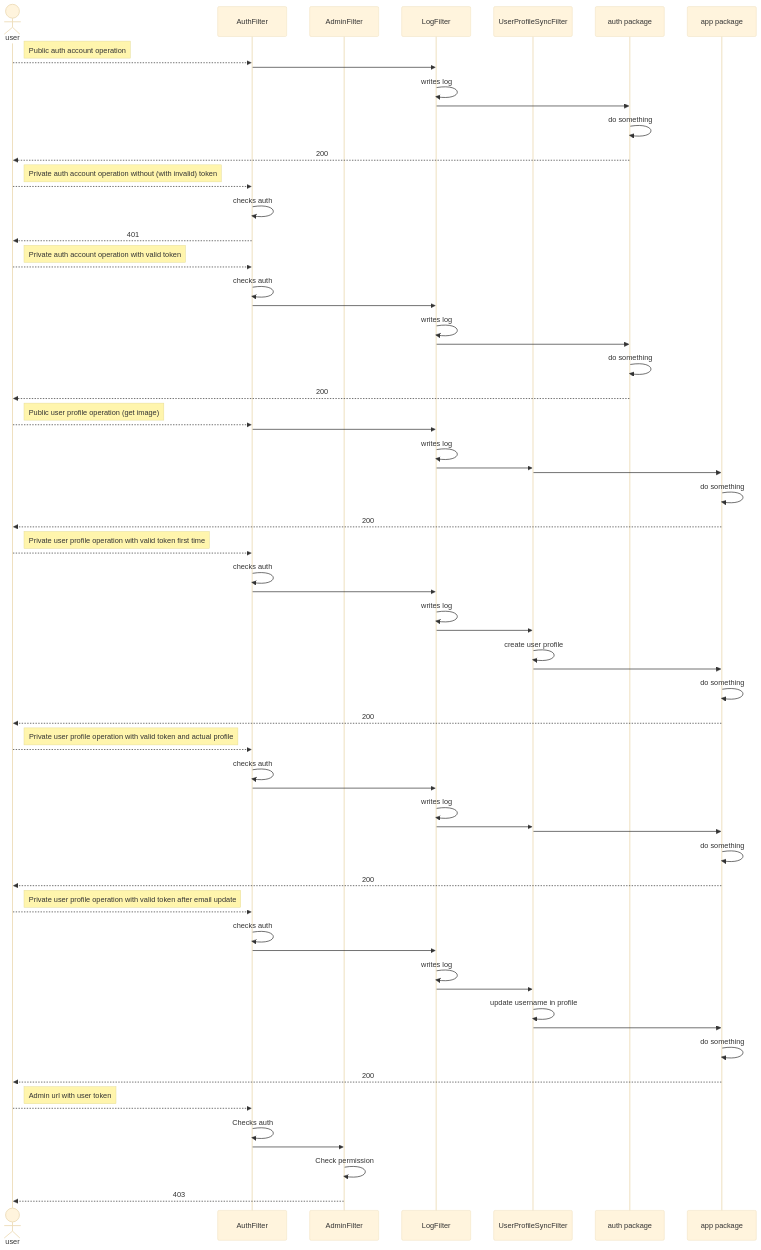
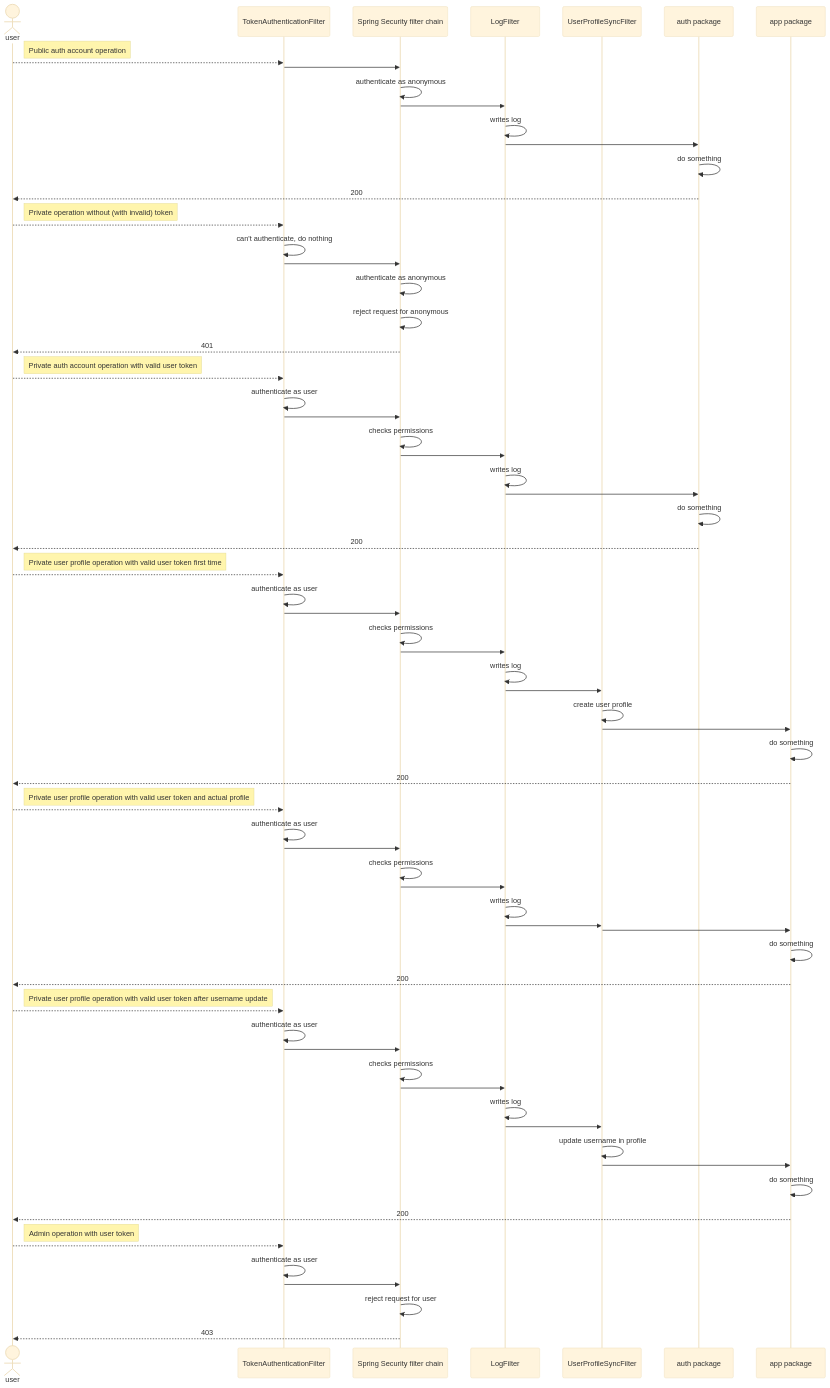
The fourth of 7 diagrams in readme.md (drsanches/photobooth), drawn with Mermaid (base theme) before and after one commit. The commit also changed other lines of this file and 8 other files, not shown here.

Commit message:
Using spring security authentication mechanism

````diff
--- a/readme.md
+++ b/readme.md
@@ -138,48 +138,48 @@
 ```mermaid
 sequenceDiagram
     actor user
-    participant AuthFilter
-    participant AdminFilter
+    participant TokenAuthenticationFilter
+    participant spring as Spring Security filter chain 
     participant LogFilter
     participant UserProfileSyncFilter
     participant auth as auth package
     participant app as app package
     
     note right of user: Public auth account operation
-    user -->> AuthFilter: 
-    AuthFilter ->> LogFilter: 
+    user -->> TokenAuthenticationFilter: 
+    TokenAuthenticationFilter ->> spring: 
+    spring ->> spring: authenticate as anonymous
+    spring ->> LogFilter:  
     LogFilter ->> LogFilter: writes log
     LogFilter ->> auth: 
     auth ->> auth: do something
     auth -->> user: 200
     
-    note right of user: Private auth account operation without (with invalid) token
-    user -->> AuthFilter: 
-    AuthFilter ->> AuthFilter: checks auth
-    AuthFilter -->> user: 401
+    note right of user: Private operation without (with invalid) token
+    user -->> TokenAuthenticationFilter: 
+    TokenAuthenticationFilter ->> TokenAuthenticationFilter: can't authenticate, do nothing
+    TokenAuthenticationFilter ->> spring: 
+    spring ->> spring: authenticate as anonymous
+    spring ->> spring: reject request for anonymous
+    spring -->> user: 401
 
-    note right of user: Private auth account operation with valid token
-    user -->> AuthFilter: 
-    AuthFilter ->> AuthFilter: checks auth
-    AuthFilter ->>  LogFilter: 
+    note right of user: Private auth account operation with valid user token
+    user -->> TokenAuthenticationFilter: 
+    TokenAuthenticationFilter ->> TokenAuthenticationFilter: authenticate as user
+    TokenAuthenticationFilter ->>  spring: 
+    spring ->>  spring: checks permissions
+    spring ->>  LogFilter: 
     LogFilter ->> LogFilter: writes log
     LogFilter ->> auth: 
     auth ->> auth: do something
     auth -->> user: 200
 
-    note right of user: Public user profile operation (get image)
-    user -->> AuthFilter: 
-    AuthFilter ->> LogFilter: 
-    LogFilter ->> LogFilter: writes log
-    LogFilter ->> UserProfileSyncFilter: 
-    UserProfileSyncFilter ->> app: 
-    app ->> app: do something
-    app -->> user: 200
-
-    note right of user: Private user profile operation with valid token first time
-    user -->> AuthFilter: 
-    AuthFilter ->> AuthFilter: checks auth
-    AuthFilter ->> LogFilter: 
+    note right of user: Private user profile operation with valid user token first time
+    user -->> TokenAuthenticationFilter: 
+    TokenAuthenticationFilter ->> TokenAuthenticationFilter: authenticate as user
+    TokenAuthenticationFilter ->> spring: 
+    spring ->> spring: checks permissions
+    spring ->> LogFilter: 
     LogFilter ->> LogFilter: writes log
     LogFilter ->> UserProfileSyncFilter: 
     UserProfileSyncFilter ->> UserProfileSyncFilter: create user profile
@@ -187,20 +187,24 @@
     app ->> app: do something
     app -->> user: 200
 
-    note right of user: Private user profile operation with valid token and actual profile
-    user -->> AuthFilter: 
-    AuthFilter ->> AuthFilter: checks auth
-    AuthFilter ->> LogFilter: 
+    note right of user: Private user profile operation with valid user token and actual profile
+    user -->> TokenAuthenticationFilter: 
+    TokenAuthenticationFilter ->> TokenAuthenticationFilter: authenticate as user
+    TokenAuthenticationFilter ->> spring: 
+    spring ->> spring: checks permissions
+    spring ->> LogFilter: 
     LogFilter ->> LogFilter: writes log
     LogFilter ->> UserProfileSyncFilter: 
     UserProfileSyncFilter ->> app: 
     app ->> app: do something
     app -->> user: 200
 
-    note right of user: Private user profile operation with valid token after email update
-    user -->> AuthFilter: 
-    AuthFilter ->> AuthFilter: checks auth
-    AuthFilter ->> LogFilter: 
+    note right of user: Private user profile operation with valid user token after username update
+    user -->> TokenAuthenticationFilter: 
+    TokenAuthenticationFilter ->> TokenAuthenticationFilter: authenticate as user
+    TokenAuthenticationFilter ->> spring: 
+    spring ->> spring: checks permissions
+    spring ->> LogFilter: 
     LogFilter ->> LogFilter: writes log
     LogFilter ->> UserProfileSyncFilter: 
     UserProfileSyncFilter ->> UserProfileSyncFilter: update username in profile
@@ -208,10 +212,10 @@
     app ->> app: do something
     app -->> user: 200
 
-    note right of user: Admin url with user token
-    user -->> AuthFilter: 
-    AuthFilter ->> AuthFilter: Checks auth
-    AuthFilter ->> AdminFilter: 
-    AdminFilter ->> AdminFilter: Check permission
-    AdminFilter -->> user: 403
+    note right of user: Admin operation with user token
+    user -->> TokenAuthenticationFilter: 
+    TokenAuthenticationFilter ->> TokenAuthenticationFilter: authenticate as user
+    TokenAuthenticationFilter ->> spring: 
+    spring ->> spring: reject request for user
+    spring -->> user: 403
 ```
````
